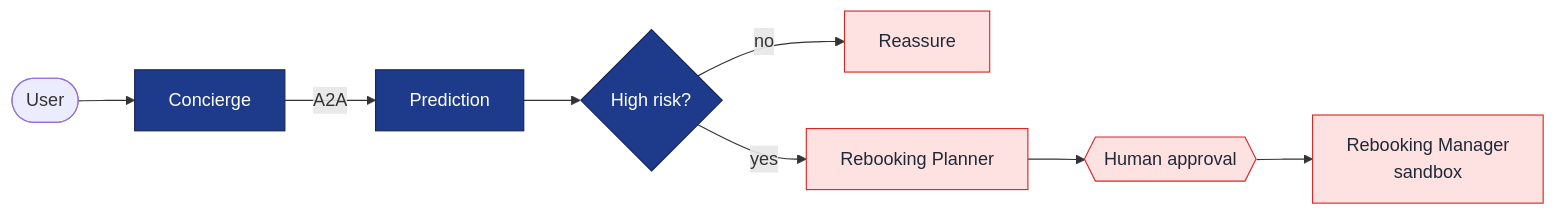
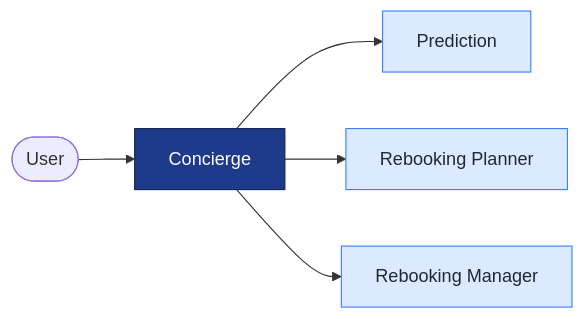
Before and after one commit to sonijigar/kaggle-capstone-ai-agents: the diagram in README.md, drawn with Mermaid. The commit also changed other lines of this file and 1 other file, not shown here.

Commit message:
docs: simplify architecture diagrams to bare agent trees
Strip decision/HITL/data-source nodes and sublabels from the diagrams; show
just the hub-and-spoke agent structure. Protocol/flow detail moves to prose.

````diff
--- a/README.md
+++ b/README.md
@@ -20,15 +20,12 @@
 ```mermaid
 flowchart LR
     U([User]) --> C[Concierge]
-    C -->|A2A| P[Prediction]
-    P --> D{High risk?}
-    D -->|no| RE[Reassure]
-    D -->|yes| PL[Rebooking Planner]
-    PL --> G{{Human approval}}
-    G --> M[Rebooking Manager<br/>sandbox]
+    C --> P[Prediction]
+    C --> PL[Rebooking Planner]
+    C --> M[Rebooking Manager]
 
-    classDef orch fill:#1e3a8a,stroke:#172554,color:#ffffff;
-    classDef action fill:#fee2e2,stroke:#dc2626,color:#1f2937;
-    class C,P,D orch;
-    class RE,PL,G,M action;
+    classDef hub fill:#1e3a8a,stroke:#172554,color:#ffffff;
+    classDef agent fill:#dbeafe,stroke:#3b82f6,color:#1f2937;
+    class C hub;
+    class P,PL,M agent;
 ```
````
